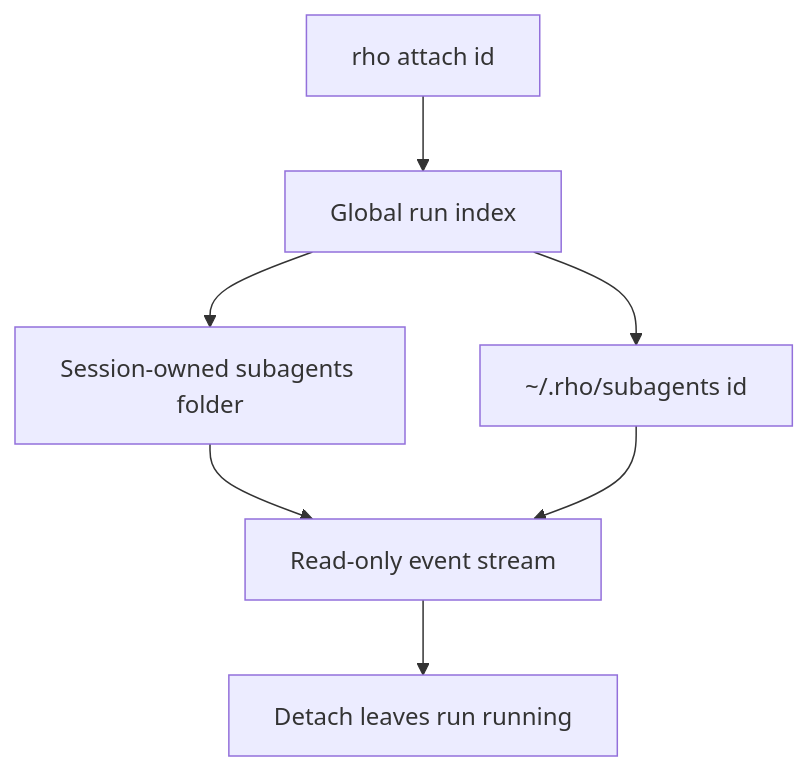
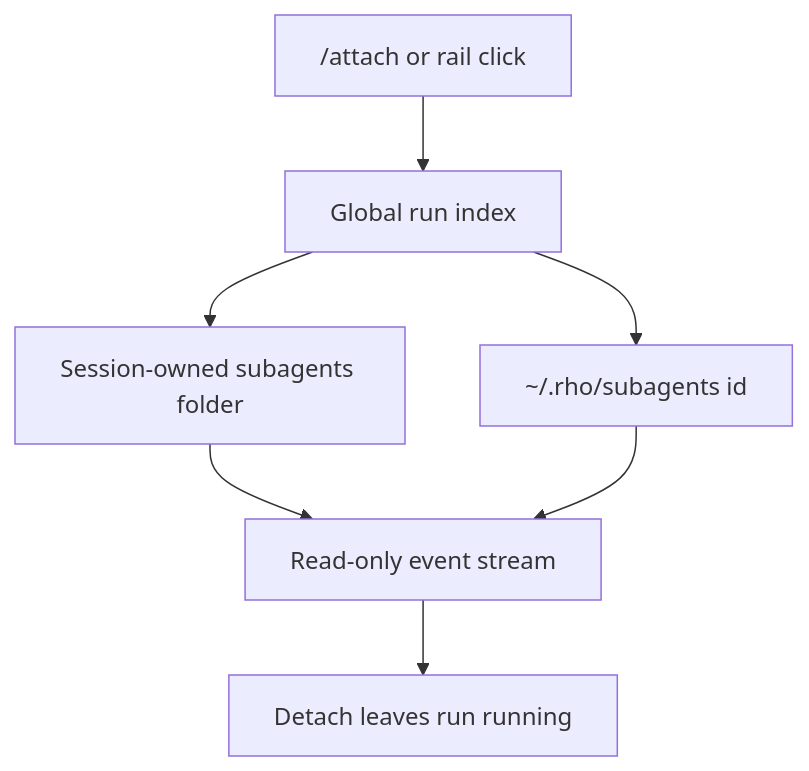
Before and after one commit to matthewyjiang/rho: the diagram in docs/subagents/attachment-and-artifacts.md, drawn with Mermaid. The commit also changed other lines of this file and 39 other files, not shown here.

First line of the commit message:
refactor(attach): drop the file-reading rho attach command

````diff
--- a/docs/subagents/attachment-and-artifacts.md
+++ b/docs/subagents/attachment-and-artifacts.md
@@ -19,9 +13,9 @@
 ```mermaid
 flowchart TD
-    attach[rho attach id] --> index[Global run index]
+    attach["/attach or rail click"] --> index[Global run index]
     index --> sessionDir[Session-owned subagents folder]
     index --> globalDir["~/.rho/subagents id"]
     sessionDir --> watch[Read-only event stream]
     globalDir --> watch
     watch --> detach[Detach leaves run running]
 ```
````
